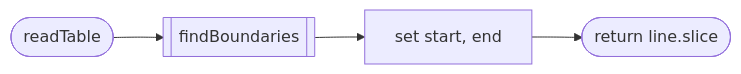
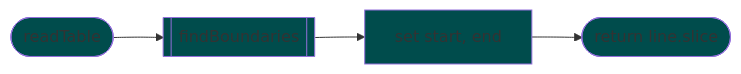
The sixth of 20 diagrams in scripts/table/design.md (7s4e/p3), drawn with Mermaid before and after one commit. The commit also changed other lines of this file, not shown here.

````diff
--- a/scripts/table/design.md
+++ b/scripts/table/design.md
@@ -200,10 +194,11 @@
 ```mermaid
 flowchart LR
-    STR([readTable])
+    classDef fill fill:#004c4c
+    STR([readTable]):::fill
         STR --> FBD
-    FBD[[findBoundaries]]
+    FBD[[findBoundaries]]:::fill
         FBD --> SET
-    SET[set start, end]
+    SET[set start, end]:::fill
         SET --> END
-    END([return line.slice])
+    END([return line.slice]):::fill
 ```
````
